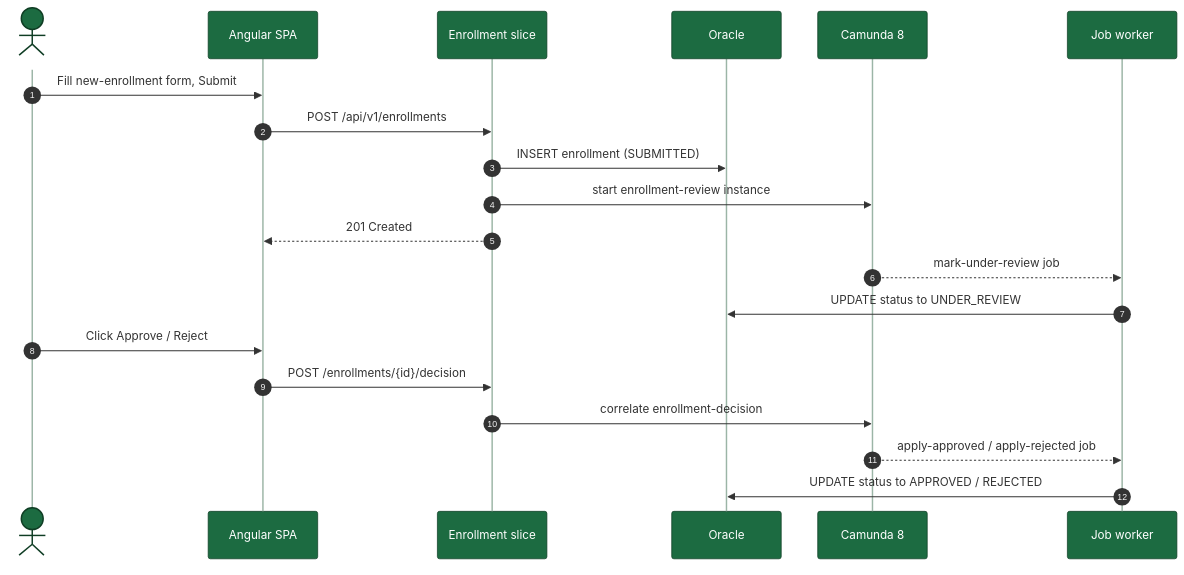
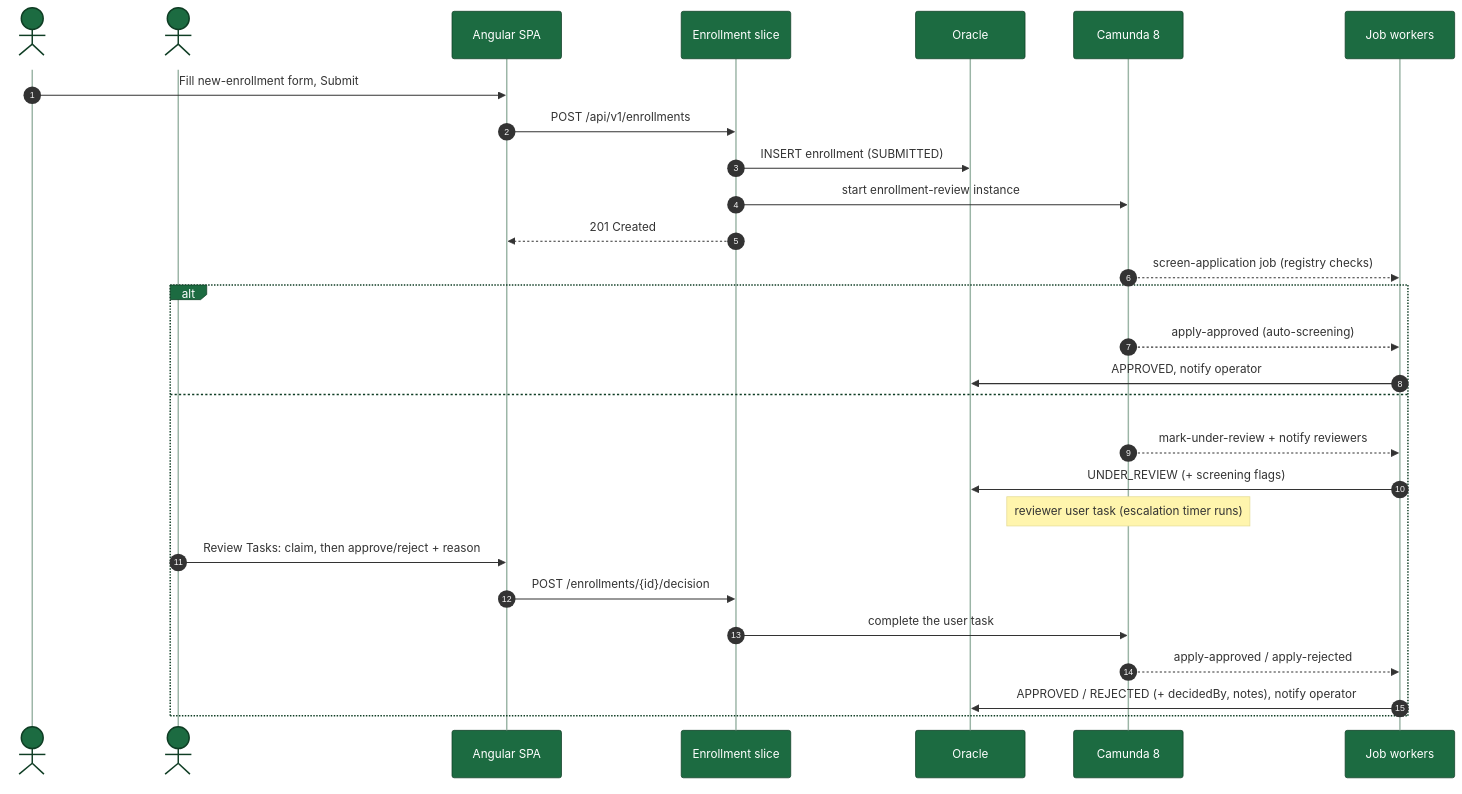
The third of 3 diagrams in README.md (Anas-Lees/nrs-enrollment-lookup), drawn with Mermaid before and after one commit. The commit also changed other lines of this file and 25 other files, not shown here.

````diff
--- a/README.md
+++ b/README.md
@@ -168,23 +177,31 @@
 ```mermaid
 %%{init: {"theme":"base","themeVariables":{"actorBkg":"#1c6b41","actorBorder":"#0f3d24","actorTextColor":"#ffffff","actorLineColor":"#9bb5a6"}}}%%
 sequenceDiagram
   autonumber
   actor O as Operator
+  actor R as Reviewer
   participant S as Angular SPA
   participant E as Enrollment slice
   participant DB as Oracle
   participant C as Camunda 8
-  participant W as Job worker
+  participant W as Job workers
   O->>S: Fill new-enrollment form, Submit
   S->>E: POST /api/v1/enrollments
   E->>DB: INSERT enrollment (SUBMITTED)
   E->>C: start enrollment-review instance
   E-->>S: 201 Created
-  C-->>W: mark-under-review job
-  W->>DB: UPDATE status to UNDER_REVIEW
-  O->>S: Click Approve / Reject
-  S->>E: POST /enrollments/{id}/decision
-  E->>C: correlate enrollment-decision
-  C-->>W: apply-approved / apply-rejected job
-  W->>DB: UPDATE status to APPROVED / REJECTED
+  C-->>W: screen-application job (registry checks)
+  alt clean renewal
+    C-->>W: apply-approved (auto-screening)
+    W->>DB: APPROVED, notify operator
+  else flagged
+    C-->>W: mark-under-review + notify reviewers
+    W->>DB: UNDER_REVIEW (+ screening flags)
+    Note over C: reviewer user task (escalation timer runs)
+    R->>S: Review Tasks: claim, then approve/reject + reason
+    S->>E: POST /enrollments/{id}/decision
+    E->>C: complete the user task
+    C-->>W: apply-approved / apply-rejected
+    W->>DB: APPROVED / REJECTED (+ decidedBy, notes), notify operator
+  end
 ```
````
